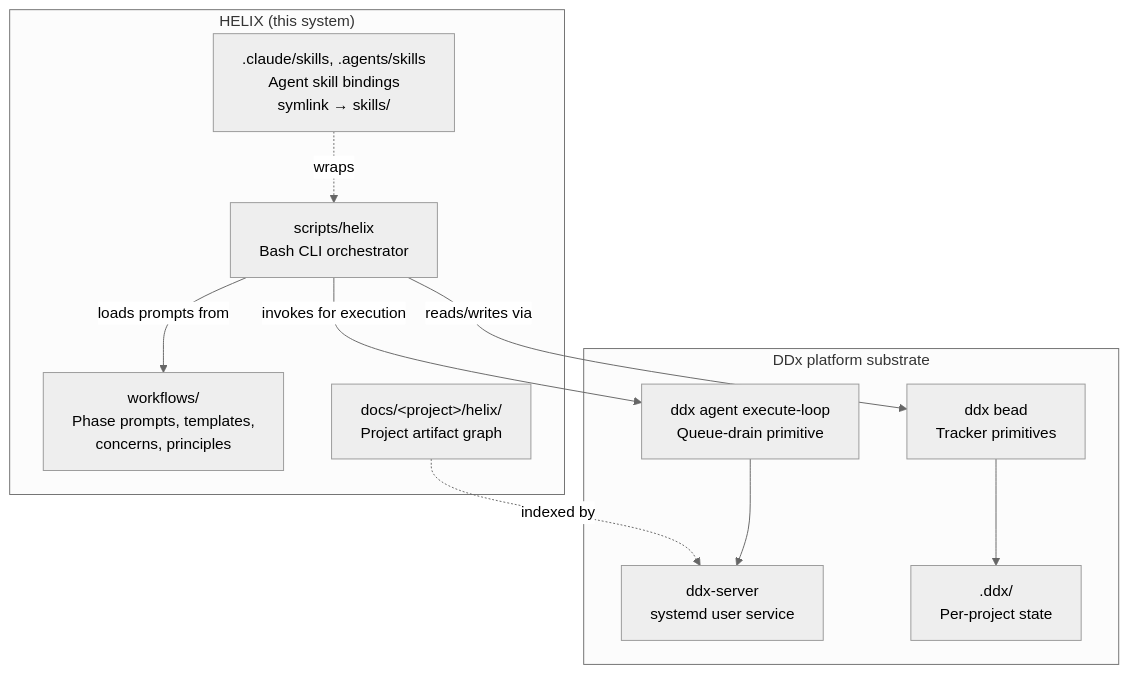
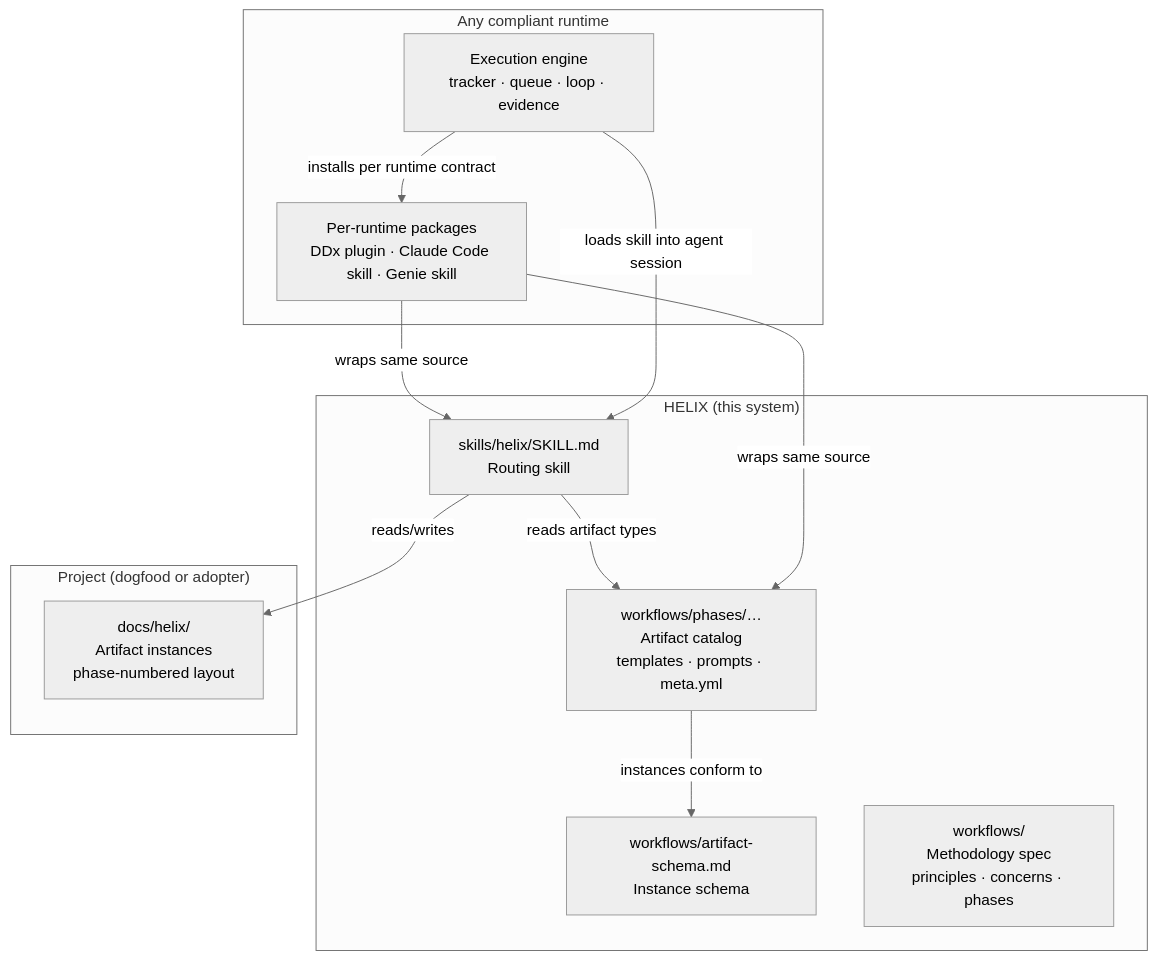
The second of 2 diagrams in docs/helix/02-design/architecture.md (easel/helix), drawn with Mermaid (neutral theme) before and after one commit. The commit also changed other lines of this file, not shown here.

First line of the commit message:
docs(helix): rewrite architecture.md as runtime-neutral [helix-b6a1b801]

````diff
--- a/docs/helix/02-design/architecture.md
+++ b/docs/helix/02-design/architecture.md
@@ -69,24 +59,26 @@
 ```mermaid
 graph TB
     subgraph helix["HELIX (this system)"]
-        cli[scripts/helix<br/>Bash CLI orchestrator]
-        wf[workflows/<br/>Phase prompts, templates,<br/>concerns, principles]
-        skills[.claude/skills, .agents/skills<br/>Agent skill bindings<br/>symlink → skills/]
-        artifacts[docs/&lt;project&gt;/helix/<br/>Project artifact graph]
+        skill["skills/helix/SKILL.md<br/>Routing skill"]
+        catalog["workflows/phases/…<br/>Artifact catalog<br/>templates · prompts · meta.yml"]
+        schema["workflows/artifact-schema.md<br/>Instance schema"]
+        wfdocs["workflows/<br/>Methodology spec<br/>principles · concerns · phases"]
     end
 
-    subgraph ddx["DDx platform substrate"]
-        server[ddx-server<br/>systemd user service]
-        bead[ddx bead<br/>Tracker primitives]
-        loop[ddx agent execute-loop<br/>Queue-drain primitive]
-        state[.ddx/<br/>Per-project state]
+    subgraph project["Project (dogfood or adopter)"]
+        instances["docs/helix/<br/>Artifact instances<br/>phase-numbered layout"]
     end
 
-    cli -->|invokes for execution| loop
-    cli -->|reads/writes via| bead
-    cli -->|loads prompts from| wf
-    skills -.wraps.-> cli
-    artifacts -.indexed by.-> server
-    bead --> state
-    loop --> server
+    subgraph runtime["Any compliant runtime"]
+        engine["Execution engine<br/>tracker · queue · loop · evidence"]
+        packages["Per-runtime packages<br/>DDx plugin · Claude Code skill · Genie skill"]
+    end
+
+    skill -->|"reads artifact types"| catalog
+    skill -->|"reads/writes"| instances
+    catalog -->|"instances conform to"| schema
+    packages -->|"wraps same source"| skill
+    packages -->|"wraps same source"| catalog
+    engine -->|"loads skill into agent session"| skill
+    engine -->|"installs per runtime contract"| packages
 ```
````
